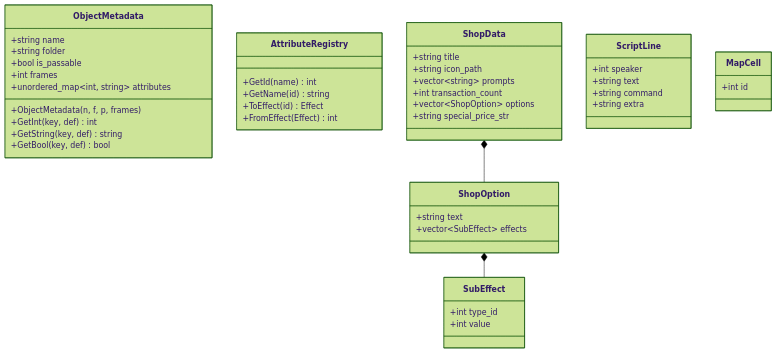
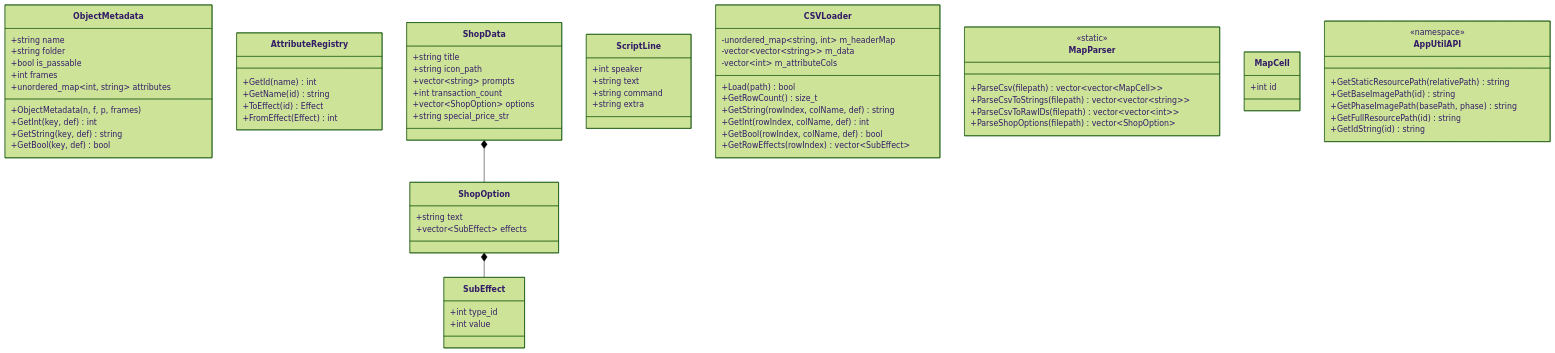
One commit to XWJWPIY/schoolwork_recreate_magic_tower changed the fourth of 4 diagrams in Constructure.md. Above: the diagram before and after it, drawn with Mermaid (forest theme). The commit also changed other lines of this file and 8 other files, not shown here.

```diff
--- a/Constructure.md
+++ b/Constructure.md
@@ -391,8 +403,37 @@
         +string extra
     }
 
+    class CSVLoader {
+        -unordered_map~string, int~ m_headerMap
+        -vector~vector~string~~ m_data
+        -vector~int~ m_attributeCols
+        +Load(path) bool
+        +GetRowCount() size_t
+        +GetString(rowIndex, colName, def) string
+        +GetInt(rowIndex, colName, def) int
+        +GetBool(rowIndex, colName, def) bool
+        +GetRowEffects(rowIndex) vector~SubEffect~
+    }
+
+    class MapParser {
+        <<static>>
+        +ParseCsv(filepath) vector~vector~MapCell~~
+        +ParseCsvToStrings(filepath) vector~vector~string~~
+        +ParseCsvToRawIDs(filepath) vector~vector~int~~
+        +ParseShopOptions(filepath) vector~ShopOption~
+    }
+
     class MapCell {
         +int id
+    }
+
+    class AppUtilAPI {
+        <<namespace>>
+        +GetStaticResourcePath(relativePath) string
+        +GetBaseImagePath(id) string
+        +GetPhaseImagePath(basePath, phase) string
+        +GetFullResourcePath(id) string
+        +GetIdString(id) string
     }
 
     ShopOption *-- SubEffect
```
